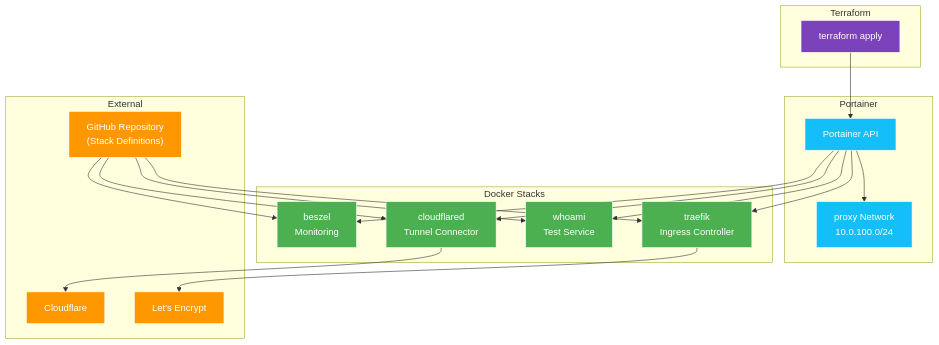
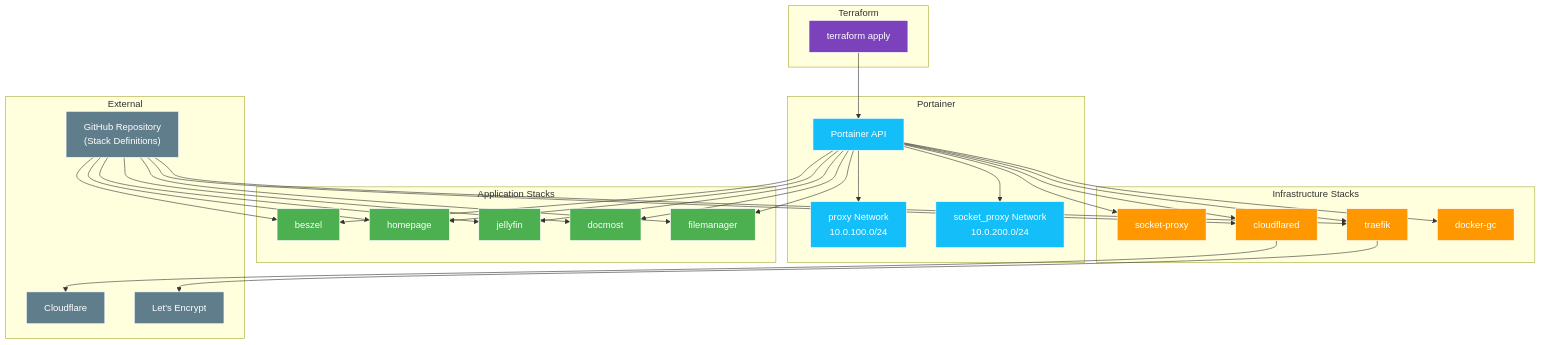
The diagram in 20_app_deployment/SETUP.md (fabricesemti80/project-dockerstack-mk2), drawn with Mermaid before and after one commit. The commit also changed other lines of this file and 15 other files, not shown here.

First line of the commit message:
feat: Refactor infrastructure and application deployment

````diff
--- a/20_app_deployment/SETUP.md
+++ b/20_app_deployment/SETUP.md
@@ -7,49 +7,69 @@
 ```mermaid
 flowchart TB
     subgraph "Terraform"
         TF["terraform apply"]
     end
 
     subgraph "Portainer"
         PTN["Portainer API"]
-        NET["proxy Network<br/>10.0.100.0/24"]
+        NET1["proxy Network<br/>10.0.100.0/24"]
+        NET2["socket_proxy Network<br/>10.0.200.0/24"]
     end
 
-    subgraph "Docker Stacks"
-        TRF["traefik<br/>Ingress Controller"]
-        WHO["whoami<br/>Test Service"]
-        CFD["cloudflared<br/>Tunnel Connector"]
-        BZL["beszel<br/>Monitoring"]
+    subgraph "Infrastructure Stacks"
+        SP["socket-proxy"]
+        TRF["traefik"]
+        CFD["cloudflared"]
+        GC["docker-gc"]
+    end
+
+    subgraph "Application Stacks"
+        BZL["beszel"]
+        HP["homepage"]
+        JF["jellyfin"]
+        DM["docmost"]
+        FM["filemanager"]
     end
 
     subgraph "External"
         GH["GitHub Repository<br/>(Stack Definitions)"]
         CF["Cloudflare"]
         LE["Let's Encrypt"]
     end
 
     TF --> PTN
-    PTN --> NET
+    PTN --> NET1
+    PTN --> NET2
+    PTN --> SP
     PTN --> TRF
-    PTN --> WHO
     PTN --> CFD
+    PTN --> GC
     PTN --> BZL
+    PTN --> HP
+    PTN --> JF
+    PTN --> DM
+    PTN --> FM
 
     GH --> TRF
-    GH --> WHO
     GH --> CFD
     GH --> BZL
+    GH --> HP
+    GH --> JF
+    GH --> DM
+    GH --> FM
 
     CFD --> CF
     TRF --> LE
 
     classDef terraform fill:#7b42bc,stroke:#fff,color:#fff
     classDef portainer fill:#13bef9,stroke:#fff,color:#fff
-    classDef stack fill:#4caf50,stroke:#fff,color:#fff
-    classDef external fill:#ff9800,stroke:#fff,color:#fff
+    classDef infra fill:#ff9800,stroke:#fff,color:#fff
+    classDef app fill:#4caf50,stroke:#fff,color:#fff
+    classDef external fill:#607d8b,stroke:#fff,color:#fff
 
     class TF terraform
-    class PTN,NET portainer
-    class TRF,WHO,CFD,BZL stack
+    class PTN,NET1,NET2 portainer
+    class SP,TRF,CFD,GC infra
+    class BZL,HP,JF,DM,FM app
     class GH,CF,LE external
 ```
````
